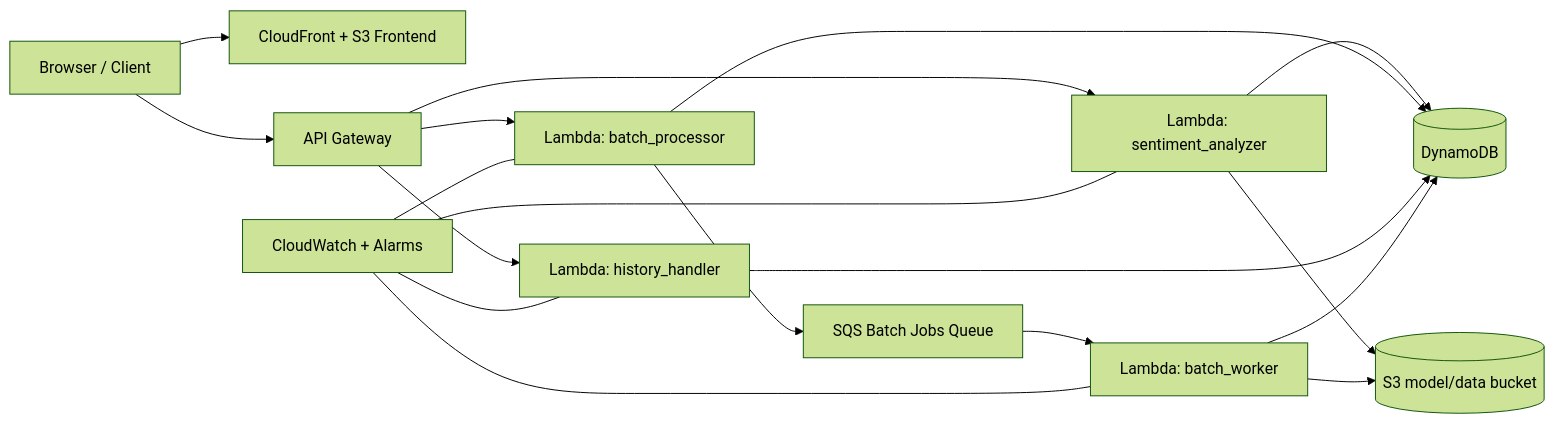
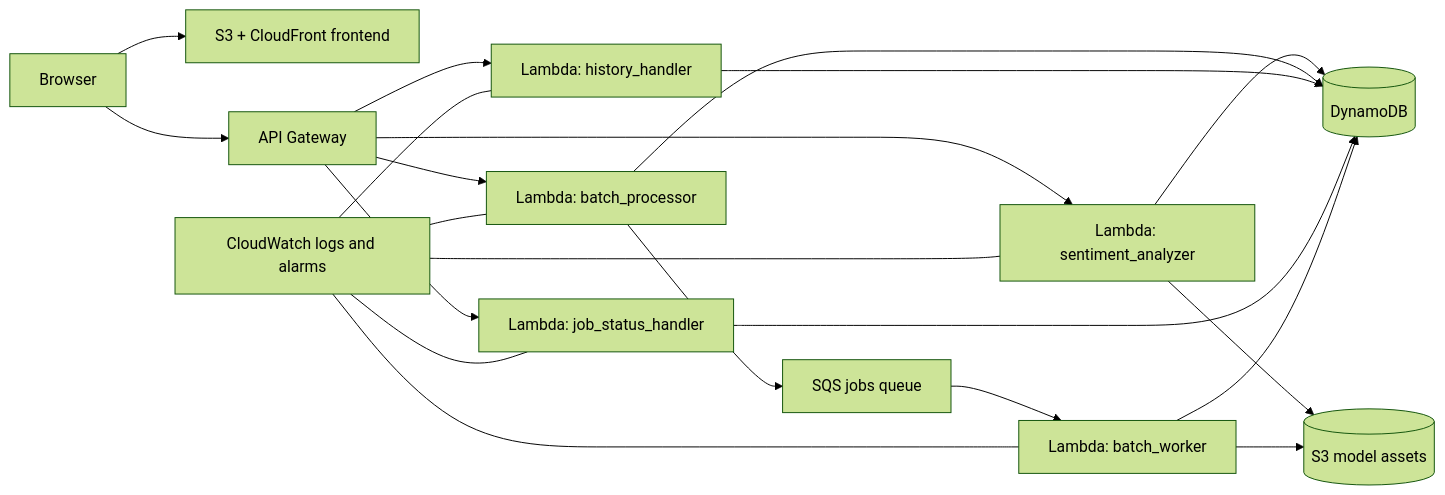
The diagram in README.md (joshinii/serverless-sentiment-analysis), drawn with Mermaid (forest theme) before and after one commit. The commit also changed other lines of this file and 9 other files, not shown here.

````diff
--- a/README.md
+++ b/README.md
@@ -13,25 +14,28 @@
 ```mermaid
 flowchart LR
-        U[Browser / Client] --> CF[CloudFront + S3 Frontend]
-        U --> APIGW[API Gateway]
+    Browser[Browser] --> Frontend[S3 + CloudFront frontend]
+    Browser --> Api[API Gateway]
 
-        APIGW --> A[Lambda: sentiment_analyzer]
-        APIGW --> B[Lambda: batch_processor]
-        APIGW --> H[Lambda: history_handler]
+    Api --> Analyze[Lambda: sentiment_analyzer]
+    Api --> Batch[Lambda: batch_processor]
+    Api --> History[Lambda: history_handler]
+    Api --> JobStatus[Lambda: job_status_handler]
 
-        B --> Q[SQS Batch Jobs Queue]
-        Q --> W[Lambda: batch_worker]
+    Batch --> Queue[SQS jobs queue]
+    Queue --> Worker[Lambda: batch_worker]
 
-        A --> D[(DynamoDB)]
-        B --> D
-        H --> D
-        W --> D
+    Analyze --> Dynamo[(DynamoDB)]
+    Batch --> Dynamo
+    History --> Dynamo
+    JobStatus --> Dynamo
+    Worker --> Dynamo
 
-        A --> S3[(S3 model/data bucket)]
-        W --> S3
+    Analyze --> Model[(S3 model assets)]
+    Worker --> Model
 
-        CW[CloudWatch + Alarms] --- A
-        CW --- B
-        CW --- W
-        CW --- H
+    Logs[CloudWatch logs and alarms] --- Analyze
+    Logs --- Batch
+    Logs --- Worker
+    Logs --- History
+    Logs --- JobStatus
 ```
````
